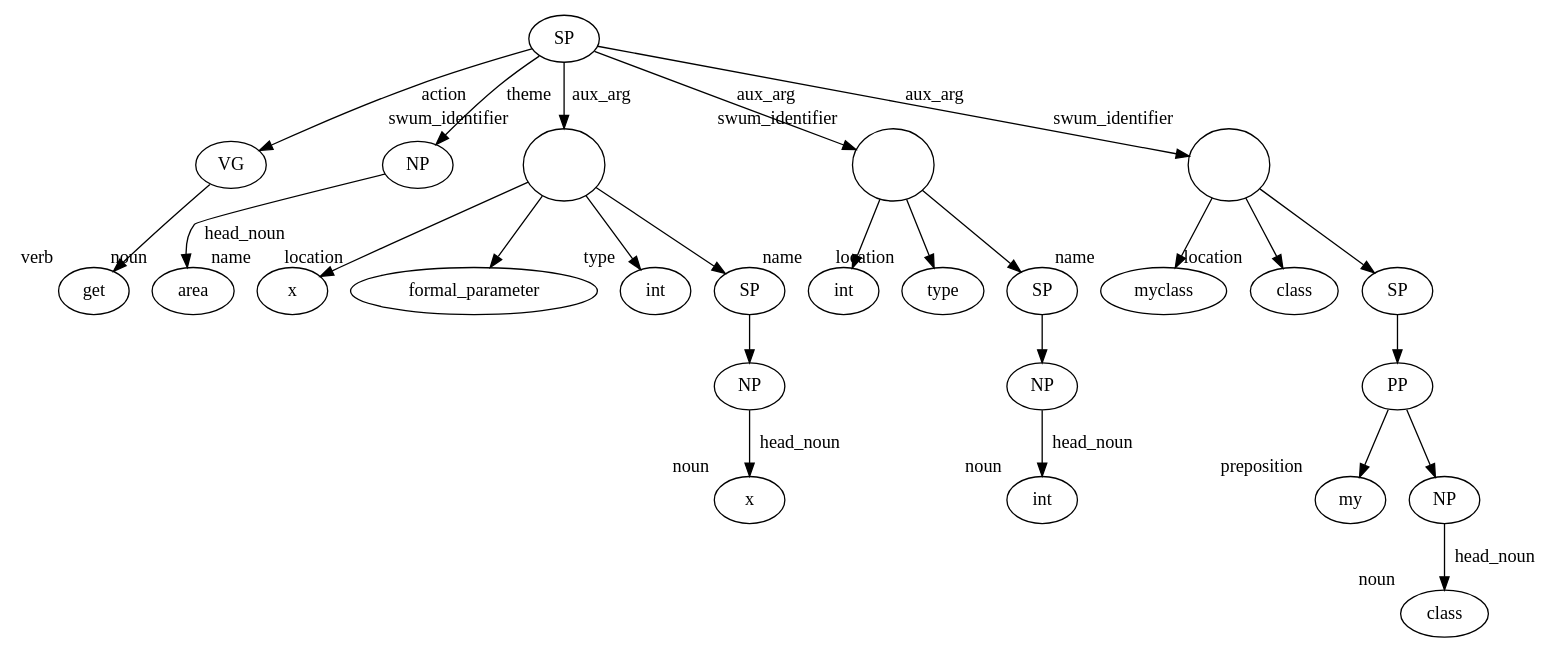
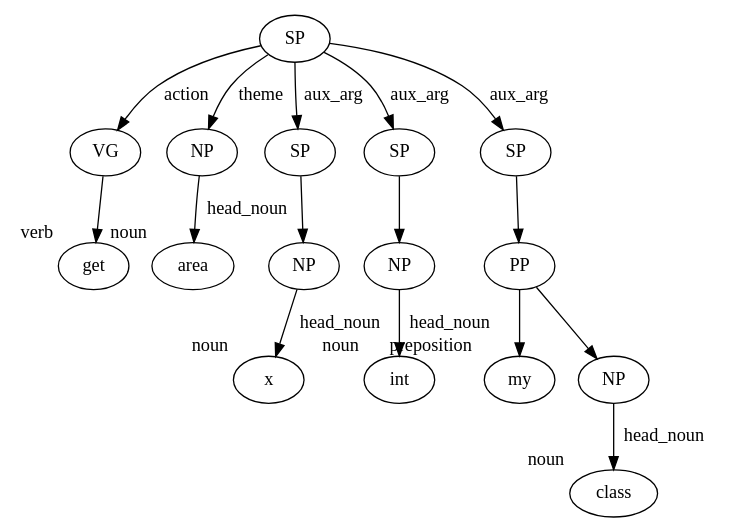
The diagram in swum_phrases/apps/visualizer/swum_phrase.gv (SCANL/swum_project), drawn with Graphviz before and after one commit. The commit also changed 1 other file, not shown here.

Commit message:
improved visualizer support for nested identifiers on phrase tree

```diff
--- a/swum_phrases/apps/visualizer/swum_phrase.gv
+++ b/swum_phrases/apps/visualizer/swum_phrase.gv
@@ -1,56 +1,33 @@
 digraph G {
 	swum_phrase [label=SP]
 	verb_group0 [label=VG]
 	swum_phrase -> verb_group0 [label=action]
 	verb1 [label=get xlabel=verb]
 	verb_group0 -> verb1
 	noun_phrase2 [label=NP]
 	swum_phrase -> noun_phrase2 [label=theme]
 	noun3 [label=area xlabel=noun]
 	noun_phrase2 -> noun3 [label=head_noun]
-	swum_identifier4 [label="
-      " xlabel=swum_identifier]
-	swum_phrase -> swum_identifier4 [label=aux_arg]
-	name5 [label=x xlabel=name]
-	swum_identifier4 -> name5
-	location6 [label=formal_parameter xlabel=location]
-	swum_identifier4 -> location6
-	type7 [label=int xlabel=type]
-	swum_identifier4 -> type7
-	swum_phrase8 [label=SP]
-	swum_identifier4 -> swum_phrase8
-	noun_phrase9 [label=NP]
-	swum_phrase8 -> noun_phrase9
-	noun10 [label=x xlabel=noun]
-	noun_phrase9 -> noun10 [label=head_noun]
-	swum_identifier11 [label="
-      " xlabel=swum_identifier]
-	swum_phrase -> swum_identifier11 [label=aux_arg]
-	name12 [label=int xlabel=name]
-	swum_identifier11 -> name12
-	location13 [label=type xlabel=location]
-	swum_identifier11 -> location13
-	swum_phrase14 [label=SP]
-	swum_identifier11 -> swum_phrase14
-	noun_phrase15 [label=NP]
-	swum_phrase14 -> noun_phrase15
-	noun16 [label=int xlabel=noun]
-	noun_phrase15 -> noun16 [label=head_noun]
-	swum_identifier17 [label="
-      " xlabel=swum_identifier]
-	swum_phrase -> swum_identifier17 [label=aux_arg]
-	name18 [label=myclass xlabel=name]
-	swum_identifier17 -> name18
-	location19 [label=class xlabel=location]
-	swum_identifier17 -> location19
-	swum_phrase20 [label=SP]
-	swum_identifier17 -> swum_phrase20
-	prepositional_phrase21 [label=PP]
-	swum_phrase20 -> prepositional_phrase21
-	preposition22 [label=my xlabel=preposition]
-	prepositional_phrase21 -> preposition22
-	noun_phrase23 [label=NP]
-	prepositional_phrase21 -> noun_phrase23
-	noun24 [label=class xlabel=noun]
-	noun_phrase23 -> noun24 [label=head_noun]
+	swum_phrase4 [label=SP]
+	swum_phrase -> swum_phrase4 [label=aux_arg]
+	noun_phrase5 [label=NP]
+	swum_phrase4 -> noun_phrase5
+	noun6 [label=x xlabel=noun]
+	noun_phrase5 -> noun6 [label=head_noun]
+	swum_phrase7 [label=SP]
+	swum_phrase -> swum_phrase7 [label=aux_arg]
+	noun_phrase8 [label=NP]
+	swum_phrase7 -> noun_phrase8
+	noun9 [label=int xlabel=noun]
+	noun_phrase8 -> noun9 [label=head_noun]
+	swum_phrase10 [label=SP]
+	swum_phrase -> swum_phrase10 [label=aux_arg]
+	prepositional_phrase11 [label=PP]
+	swum_phrase10 -> prepositional_phrase11
+	preposition12 [label=my xlabel=preposition]
+	prepositional_phrase11 -> preposition12
+	noun_phrase13 [label=NP]
+	prepositional_phrase11 -> noun_phrase13
+	noun14 [label=class xlabel=noun]
+	noun_phrase13 -> noun14 [label=head_noun]
 }
```
